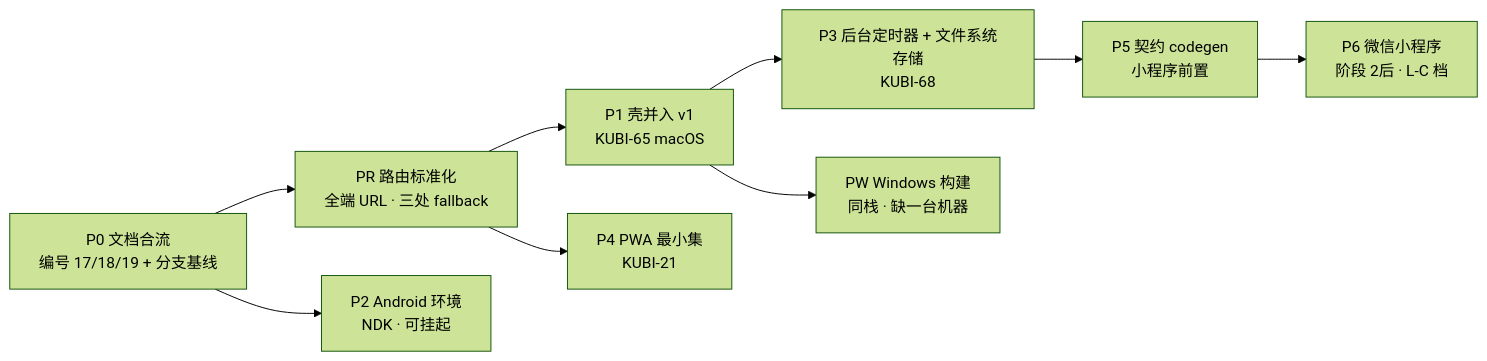
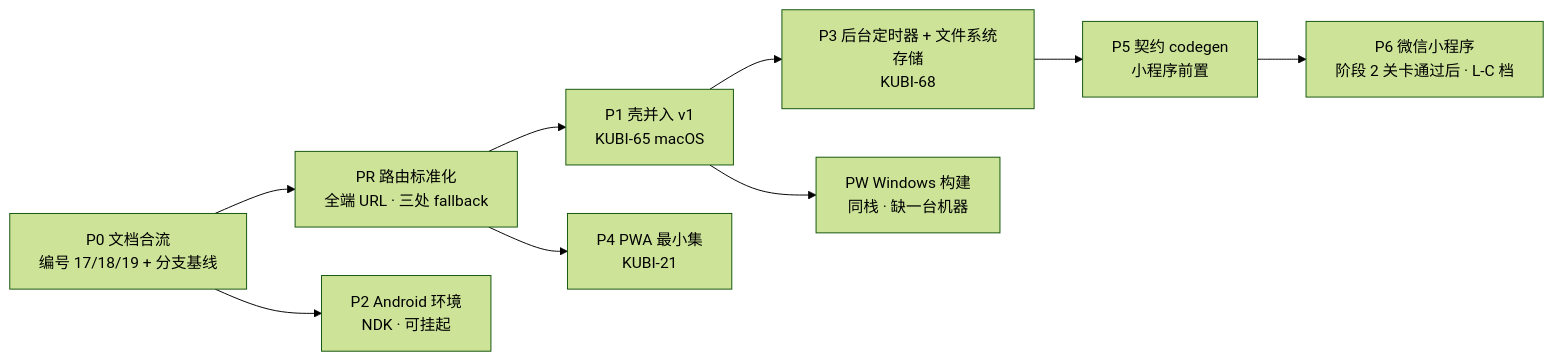
The second of 2 diagrams in docs/technical/多端选型与端矩阵.md (chenyuanjin/kubic), drawn with Mermaid (forest theme) before and after one commit. The commit also changed other lines of this file and 29 other files, not shown here.

````diff
--- a/docs/technical/多端选型与端矩阵.md
+++ b/docs/technical/多端选型与端矩阵.md
@@ -530,11 +530,11 @@
 ```mermaid
 flowchart LR
     P0["P0 文档合流<br/>编号 17/18/19 + 分支基线"] --> PR["PR 路由标准化<br/>全端 URL · 三处 fallback"]
     P0 --> P2["P2 Android 环境<br/>NDK · 可挂起"]
     PR --> P1["P1 壳并入 v1<br/>KUBI-65 macOS"]
     P1 --> P3["P3 后台定时器 + 文件系统存储<br/>KUBI-68"]
     PR --> P4["P4 PWA 最小集<br/>KUBI-21"]
     P3 --> P5["P5 契约 codegen<br/>小程序前置"]
-    P5 --> P6["P6 微信小程序<br/>阶段 2后 · L-C 档"]
+    P5 --> P6["P6 微信小程序<br/>阶段 2 关卡通过后 · L-C 档"]
     P1 --> PW["PW Windows 构建<br/>同栈 · 缺一台机器"]
 ```
````
